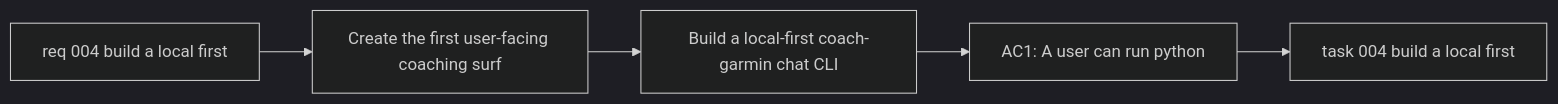
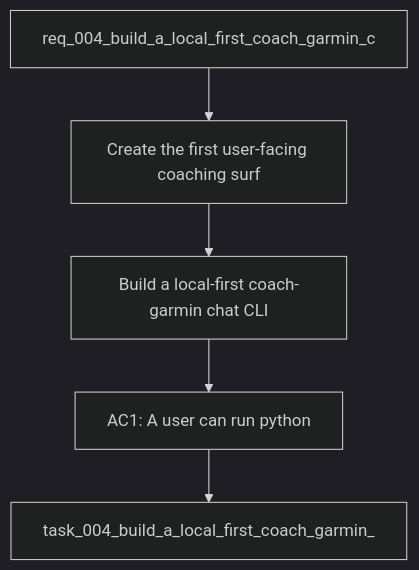
The diagram in logics/backlog/item_004_build_a_local_first_coach_garmin_chat_cli.md (Jilanos/Coach_garmin), drawn with Mermaid (dark theme) before and after one commit. The commit also changed other lines of this file and 86 other files, not shown here.

Commit message:
Harden chart UX and UTF-8 handling

````diff
--- a/logics/backlog/item_004_build_a_local_first_coach_garmin_chat_cli.md
+++ b/logics/backlog/item_004_build_a_local_first_coach_garmin_chat_cli.md
@@ -28,9 +28,9 @@
 ```mermaid
 %% logics-kind: backlog
 %% logics-signature: backlog|build-a-local-first-coach-garmin-chat-cl|req-004-build-a-local-first-coach-garmin|create-the-first-user-facing-coaching-su|ac1-a-user-can-run-python
-flowchart LR
-    Request[req 004 build a local first] --> Problem[Create the first user-facing coaching surf]
+flowchart TD
+    Request[req_004_build_a_local_first_coach_garmin_c] --> Problem[Create the first user-facing coaching surf]
     Problem --> Scope[Build a local-first coach-garmin chat CLI]
     Scope --> Acceptance[AC1: A user can run python]
-    Acceptance --> Tasks[task 004 build a local first]
+    Acceptance --> Tasks[task_004_build_a_local_first_coach_garmin_]
 ```
````
